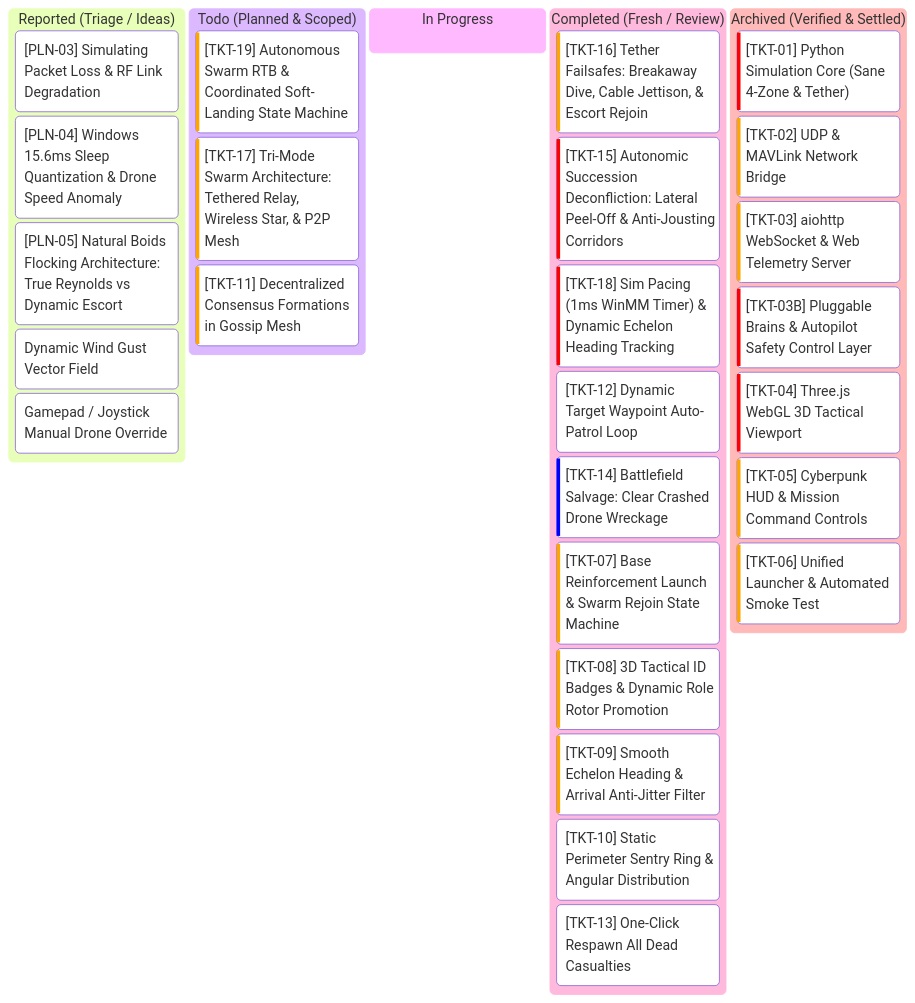
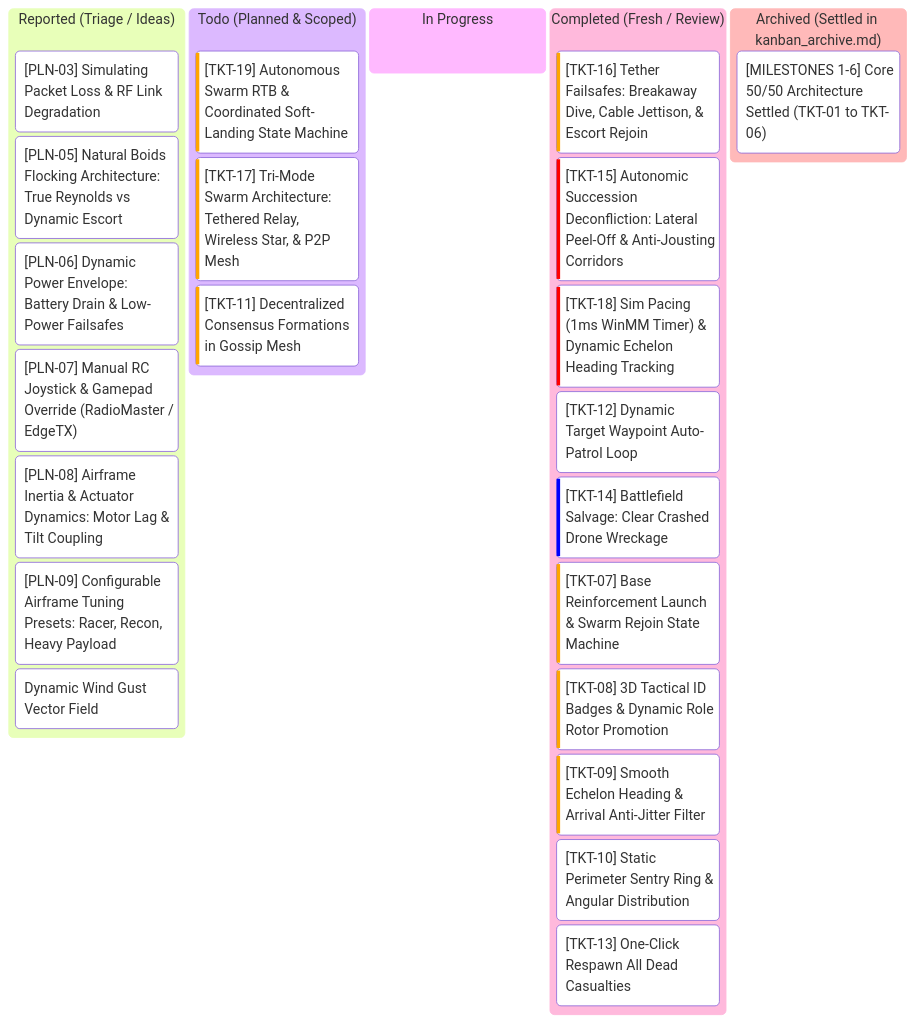
One commit to AlitheiaDeus/SwarmTech_v3-Uprising changed the diagram in kanban.md. Above: the diagram before and after it, drawn with Mermaid. The commit also changed other lines of this file and 1 other file, not shown here.

Commit message:
docs(kanban): log PLN-06-09, offload settled items to ignored kanban_archive.md, and update TKT-19 scope

````diff
--- a/kanban.md
+++ b/kanban.md
@@ -7,33 +7,29 @@
 ```mermaid
 kanban
   reported["Reported (Triage / Ideas)"]
     pln3["[PLN-03] Simulating Packet Loss & RF Link Degradation"]
-    pln4["[PLN-04] Windows 15.6ms Sleep Quantization & Drone Speed Anomaly"]
     pln5["[PLN-05] Natural Boids Flocking Architecture: True Reynolds vs Dynamic Escort"]
+    pln6["[PLN-06] Dynamic Power Envelope: Battery Drain & Low-Power Failsafes"]
+    pln7["[PLN-07] Manual RC Joystick & Gamepad Override (RadioMaster / EdgeTX)"]
+    pln8["[PLN-08] Airframe Inertia & Actuator Dynamics: Motor Lag & Tilt Coupling"]
+    pln9["[PLN-09] Configurable Airframe Tuning Presets: Racer, Recon, Heavy Payload"]
     idea1["Dynamic Wind Gust Vector Field"]
-    idea2["Gamepad / Joystick Manual Drone Override"]
   todo["Todo (Planned & Scoped)"]
     tkt19["[TKT-19] Autonomous Swarm RTB & Coordinated Soft-Landing State Machine"]@{ priority: 'High' }
     tkt17["[TKT-17] Tri-Mode Swarm Architecture: Tethered Relay, Wireless Star, & P2P Mesh"]@{ priority: 'High' }
     tkt11["[TKT-11] Decentralized Consensus Formations in Gossip Mesh"]@{ priority: 'High' }
   in_progress["In Progress"]
   completed["Completed (Fresh / Review)"]
     tkt16["[TKT-16] Tether Failsafes: Breakaway Dive, Cable Jettison, & Escort Rejoin"]@{ priority: 'High' }
     tkt15["[TKT-15] Autonomic Succession Deconfliction: Lateral Peel-Off & Anti-Jousting Corridors"]@{ priority: 'Very High' }
     tkt18["[TKT-18] Sim Pacing (1ms WinMM Timer) & Dynamic Echelon Heading Tracking"]@{ priority: 'Very High' }
     tkt12["[TKT-12] Dynamic Target Waypoint Auto-Patrol Loop"]@{ priority: 'Medium' }
     tkt14["[TKT-14] Battlefield Salvage: Clear Crashed Drone Wreckage"]@{ priority: 'Low' }
     tkt7["[TKT-07] Base Reinforcement Launch & Swarm Rejoin State Machine"]@{ priority: 'High' }
     tkt8["[TKT-08] 3D Tactical ID Badges & Dynamic Role Rotor Promotion"]@{ priority: 'High' }
     tkt9["[TKT-09] Smooth Echelon Heading & Arrival Anti-Jitter Filter"]@{ priority: 'High' }
     tkt10["[TKT-10] Static Perimeter Sentry Ring & Angular Distribution"]@{ priority: 'Medium' }
     tkt13["[TKT-13] One-Click Respawn All Dead Casualties"]@{ priority: 'Medium' }
-  archived["Archived (Verified & Settled)"]
-    tkt1["[TKT-01] Python Simulation Core (Sane 4-Zone & Tether)"]@{ priority: 'Very High' }
-    tkt2["[TKT-02] UDP & MAVLink Network Bridge"]@{ priority: 'High' }
-    tkt3["[TKT-03] aiohttp WebSocket & Web Telemetry Server"]@{ priority: 'High' }
-    tkt3b["[TKT-03B] Pluggable Brains & Autopilot Safety Control Layer"]@{ priority: 'Very High' }
-    tkt4["[TKT-04] Three.js WebGL 3D Tactical Viewport"]@{ priority: 'Very High' }
-    tkt5["[TKT-05] Cyberpunk HUD & Mission Command Controls"]@{ priority: 'High' }
-    tkt6["[TKT-06] Unified Launcher & Automated Smoke Test"]@{ priority: 'High' }
+  archived["Archived (Settled in kanban_archive.md)"]
+    arch_m1_6["[MILESTONES 1-6] Core 50/50 Architecture Settled (TKT-01 to TKT-06)"]
 ```
````
